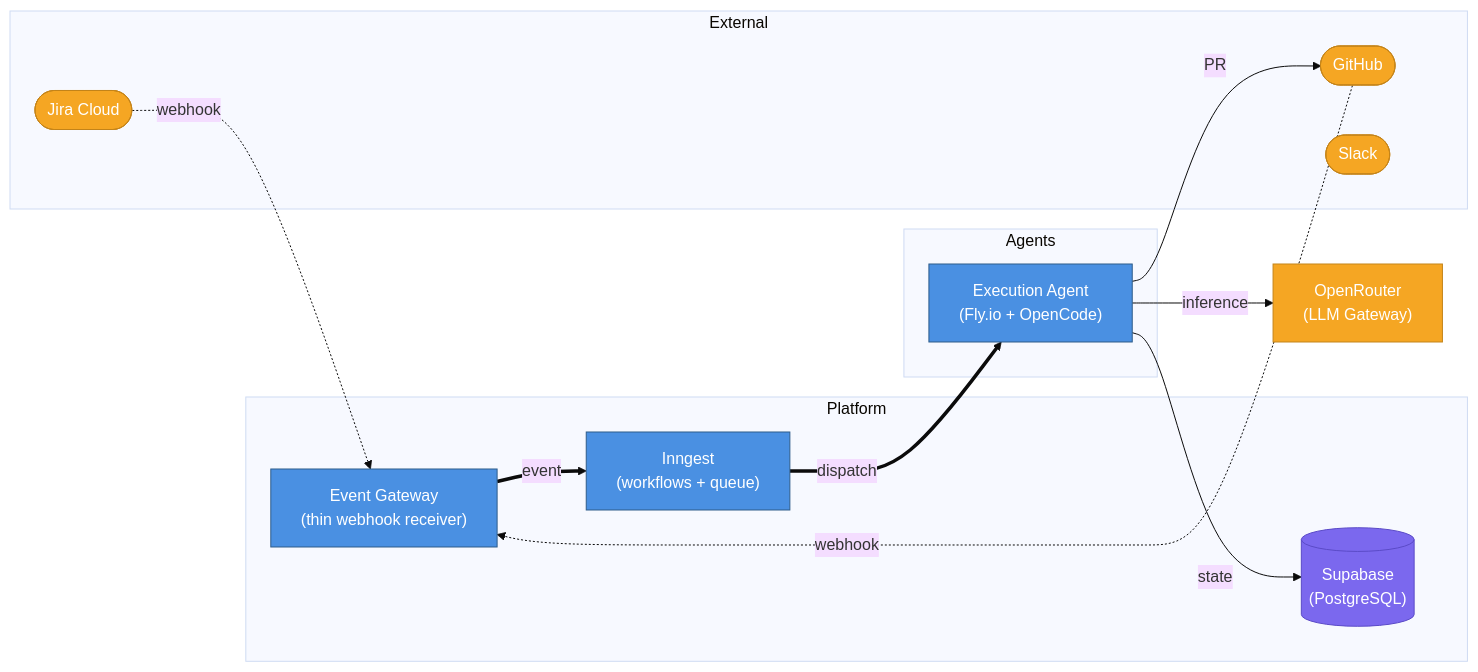
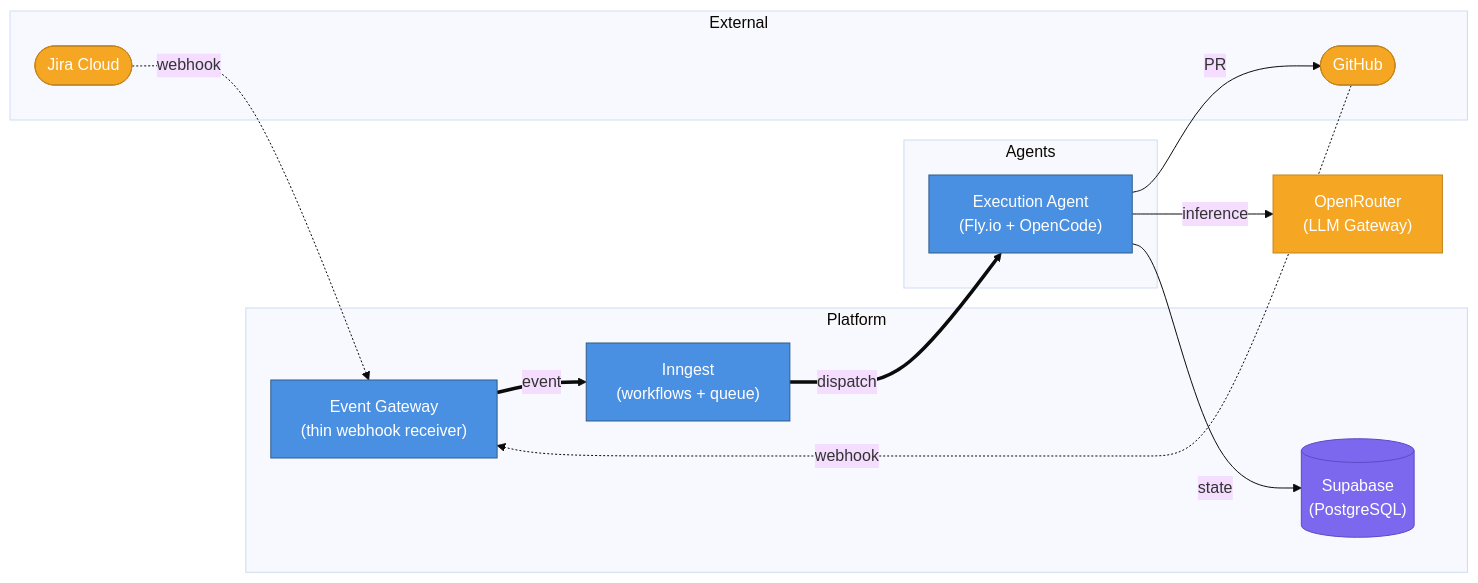
The second of 16 diagrams in docs/2026-03-22-2317-ai-employee-architecture.md (viiqswim/dozaldevs-ai-employee), drawn with Mermaid (base theme) before and after one commit. The commit also changed other lines of this file, not shown here.

Commit message:
docs(architecture): fix orphaned diagram nodes — remove SLACK from MVP diagram, add FIX→FAIL escalation edge

````diff
--- a/docs/2026-03-22-2317-ai-employee-architecture.md
+++ b/docs/2026-03-22-2317-ai-employee-architecture.md
@@ -148,32 +148,31 @@
 ```mermaid
 flowchart LR
     subgraph External
         JIRA(["Jira Cloud"]):::external
         GH(["GitHub"]):::external
-        SLACK(["Slack"]):::external
     end
 
     subgraph Platform
         GW["Event Gateway\n(thin webhook receiver)"]:::service
         ING["Inngest\n(workflows + queue)"]:::service
         SUP[("Supabase\n(PostgreSQL)")]:::storage
     end
 
      subgraph Agents
          EXEC["Execution Agent\n(Fly.io + OpenCode)"]:::service
      end
 
     LLM["OpenRouter\n(LLM Gateway)"]:::external
 
     JIRA -.->|"webhook"| GW
     GH -.->|"webhook"| GW
     GW ==>|"event"| ING
     ING ==>|"dispatch"| EXEC
     EXEC -->|"state"| SUP
     EXEC -->|"PR"| GH
     EXEC -->|"inference"| LLM
 
     classDef service fill:#4A90E2,stroke:#2E5C8A,color:#fff
     classDef storage fill:#7B68EE,stroke:#5B4BC7,color:#fff
     classDef external fill:#F5A623,stroke:#C4841A,color:#fff
 ```
````
